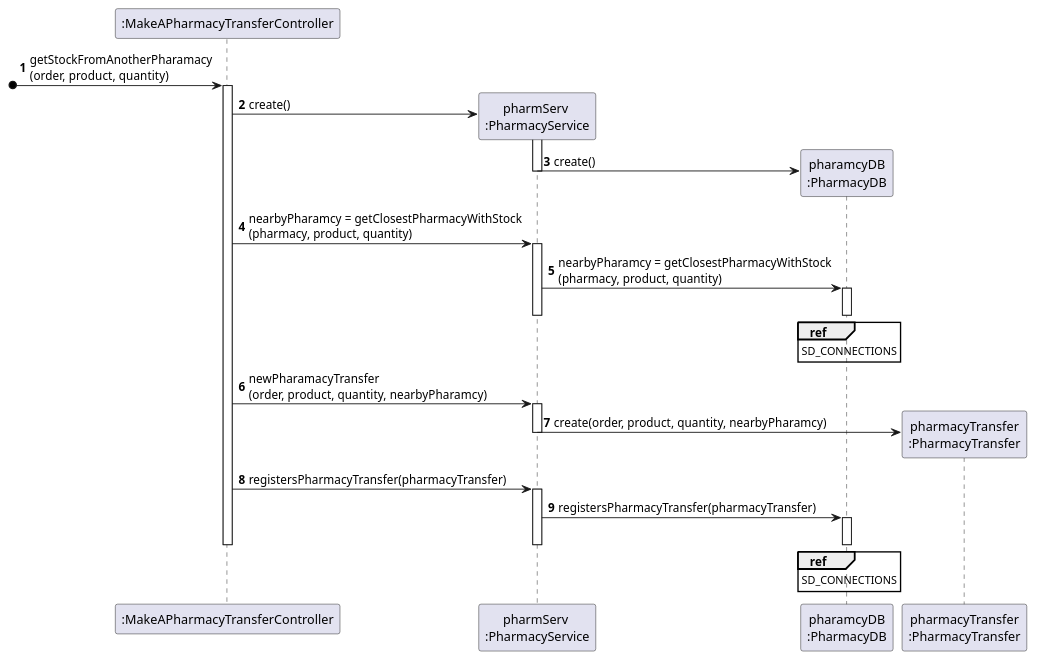
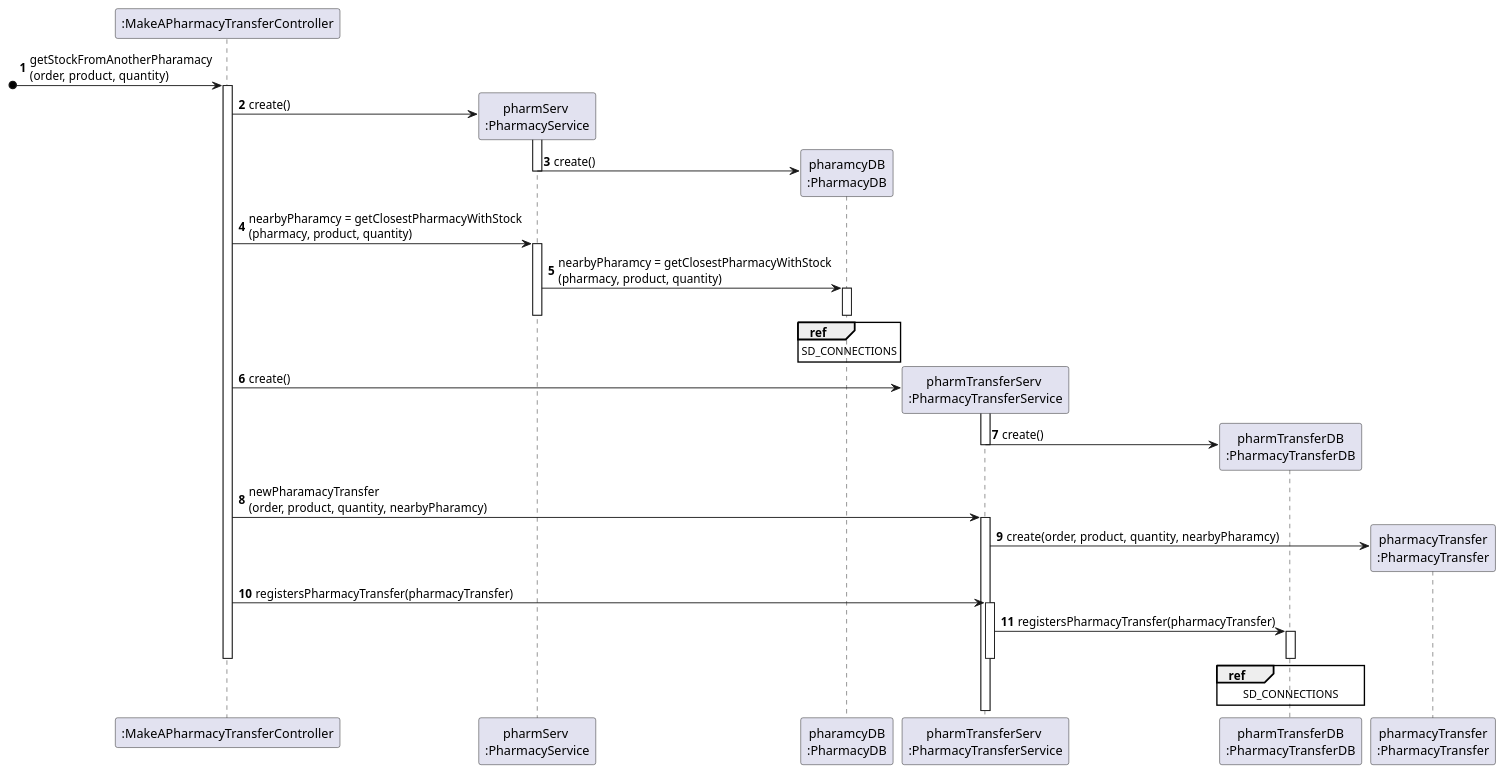
Before and after one commit to tiagoavcosta25/LAPR3: the diagram in docs/Iteration 2/Pharmacy Management/US200_MakeAPharmacyTransfer/US200_SD.puml, drawn with PlantUML. The commit also changed 13 other files, not shown here.

Commit message:
LAPR2AP2-233 #developing Make A Pharmacy Transfer [Implementation]

```diff
--- a/docs/Iteration 2/Pharmacy Management/US200_MakeAPharmacyTransfer/US200_SD.puml
+++ b/docs/Iteration 2/Pharmacy Management/US200_MakeAPharmacyTransfer/US200_SD.puml
@@ -1,40 +1,47 @@
 @startuml
 autonumber
 participant ":MakeAPharmacyTransferController" as CTRL
 participant "pharmServ \n:PharmacyService" as PS
 participant "pharamcyDB\n:PharmacyDB" as PDB
+participant "pharmTransferServ \n:PharmacyTransferService" as PTS
+participant "pharmTransferDB\n:PharmacyTransferDB" as PTDB
 participant "pharmacyTransfer\n:PharmacyTransfer" as PT
 
 [o-> CTRL : getStockFromAnotherPharamacy\n(order, product, quantity)
 activate CTRL
 CTRL -> PS** : create()
 activate PS
 PS -> PDB** : create()
 deactivate PS
 CTRL -> PS : nearbyPharamcy = getClosestPharmacyWithStock\n(pharmacy, product, quantity)
 activate PS
 PS -> PDB : nearbyPharamcy = getClosestPharmacyWithStock\n(pharmacy, product, quantity)
 activate PDB
 ref over PDB
 SD_CONNECTIONS
 end ref
 deactivate PDB
 deactivate PS
 
-CTRL -> PS : newPharamacyTransfer\n(order, product, quantity, nearbyPharamcy)
-activate PS
-PS -> PT** : create(order, product, quantity, nearbyPharamcy)
+CTRL -> PTS** : create()
+activate PTS
+PTS -> PTDB** : create()
+deactivate PTS
+
+CTRL -> PTS : newPharamacyTransfer\n(order, product, quantity, nearbyPharamcy)
+activate PTS
+PTS -> PT** : create(order, product, quantity, nearbyPharamcy)
 deactivate PS
 
-CTRL -> PS : registersPharmacyTransfer(pharmacyTransfer)
-activate PS
-PS -> PDB : registersPharmacyTransfer(pharmacyTransfer)
-activate PDB
-ref over PDB
+CTRL -> PTS : registersPharmacyTransfer(pharmacyTransfer)
+activate PTS
+PTS -> PTDB : registersPharmacyTransfer(pharmacyTransfer)
+activate PTDB
+ref over PTDB
 SD_CONNECTIONS
 end ref
-deactivate PDB
-deactivate PS
+deactivate PTDB
+deactivate PTS
 deactivate CTRL
 
 @enduml
```
